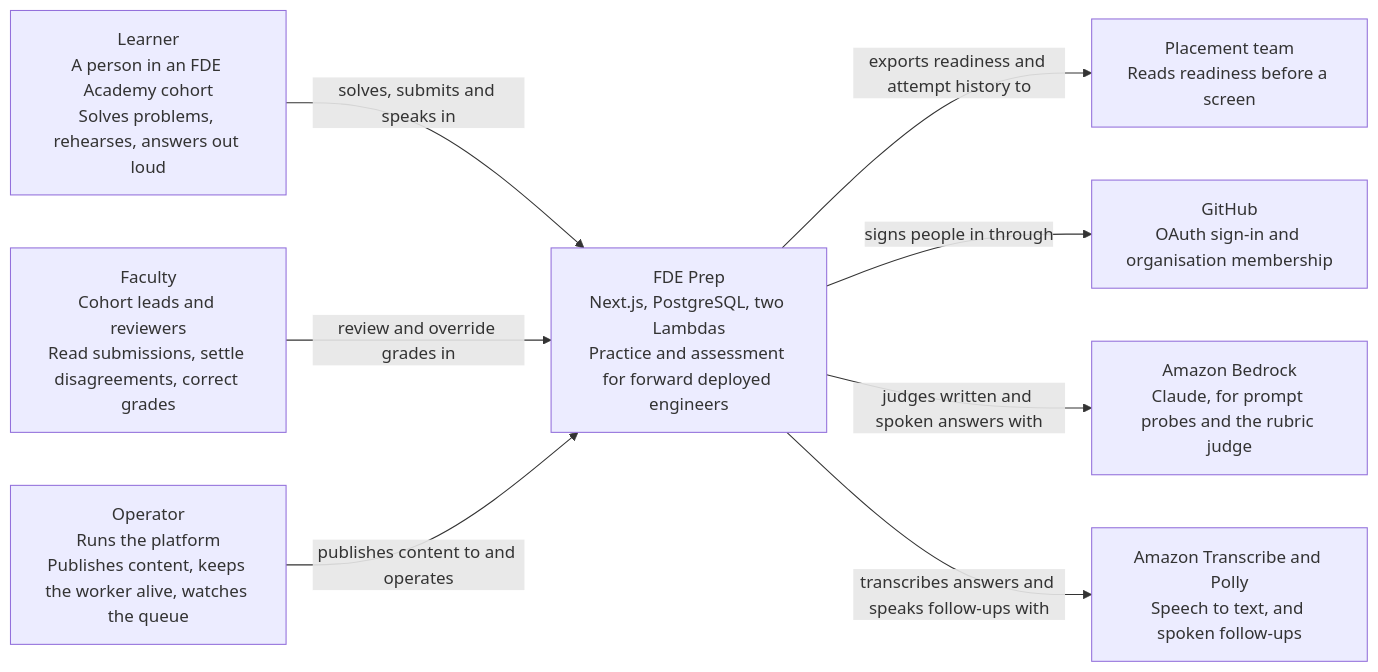
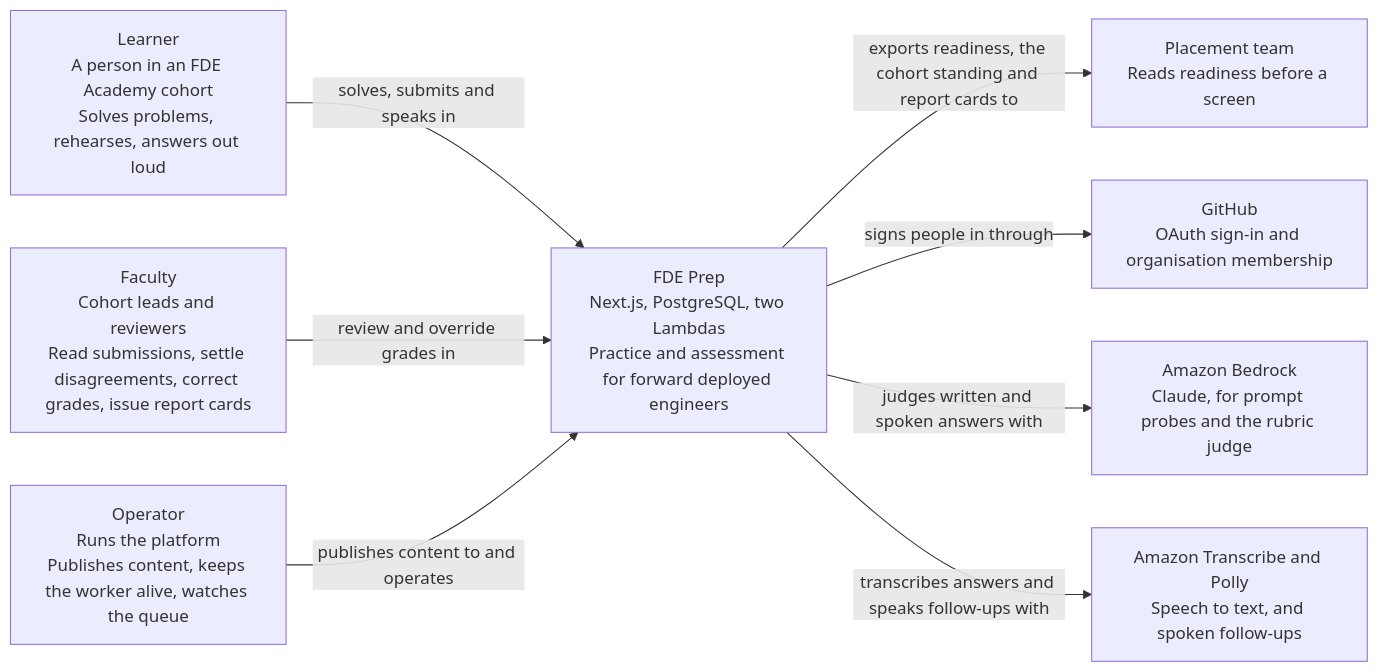
The second of 12 diagrams in README.md (fde-academy-lab/fdeprep), drawn with Mermaid before and after one commit. The commit also changed other lines of this file and 185 other files, not shown here.

First line of the commit message:
S15 first cohort: one writer for every grade, analytics, the report card, re-grading, and ten integrity and access fixes (#47)

````diff
--- a/README.md
+++ b/README.md
@@ -258,18 +263,18 @@
 ```mermaid
 flowchart LR
   learner["Learner<br/>A person in an FDE Academy cohort<br/>Solves problems, rehearses, answers out loud"]
-  faculty["Faculty<br/>Cohort leads and reviewers<br/>Read submissions, settle disagreements, correct grades"]
+  faculty["Faculty<br/>Cohort leads and reviewers<br/>Read submissions, settle disagreements, correct grades, issue report cards"]
   operator["Operator<br/>Runs the platform<br/>Publishes content, keeps the worker alive, watches the queue"]
   placement["Placement team<br/>Reads readiness before a screen"]
   fdeprep["FDE Prep<br/>Next.js, PostgreSQL, two Lambdas<br/>Practice and assessment for forward deployed engineers"]
   github["GitHub<br/>OAuth sign-in and organisation membership"]
   bedrock["Amazon Bedrock<br/>Claude, for prompt probes and the rubric judge"]
   speech["Amazon Transcribe and Polly<br/>Speech to text, and spoken follow-ups"]
   learner -->|"solves, submits and speaks in"| fdeprep
   faculty -->|"review and override grades in"| fdeprep
   operator -->|"publishes content to and operates"| fdeprep
-  fdeprep -->|"exports readiness and attempt history to"| placement
+  fdeprep -->|"exports readiness, the cohort standing and report cards to"| placement
   fdeprep -->|"signs people in through"| github
   fdeprep -->|"judges written and spoken answers with"| bedrock
   fdeprep -->|"transcribes answers and speaks follow-ups with"| speech
 ```
````
